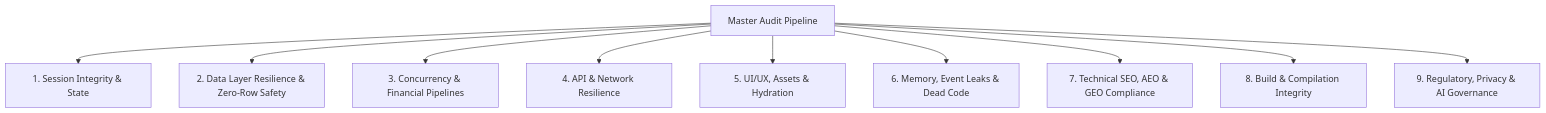
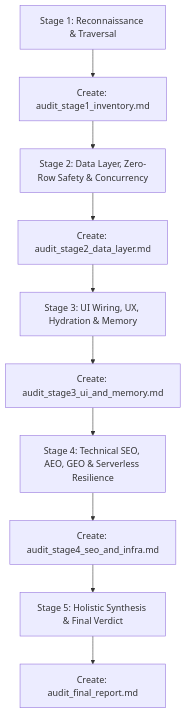
One commit to Kryptopacy/pacy-codebase-auditor changed the diagram in SKILL.md. Above: the diagram before and after it, drawn with Mermaid. The commit also changed other lines of this file, not shown here.

Commit message:
feat(auditor): implement stateful 5-stage sequential audit pipeline with per-stage artifact checkpoints

````diff
--- a/SKILL.md
+++ b/SKILL.md
@@ -77,12 +21,12 @@
 ```mermaid
 graph TD
-    A[Master Audit Pipeline] --> B[1. Session Integrity & State]
-    A --> C[2. Data Layer Resilience & Zero-Row Safety]
-    A --> D[3. Concurrency & Financial Pipelines]
-    A --> E[4. API & Network Resilience]
-    A --> F[5. UI/UX, Assets & Hydration]
-    A --> G[6. Memory, Event Leaks & Dead Code]
-    A --> H[7. Technical SEO, AEO & GEO Compliance]
-    A --> I[8. Build & Compilation Integrity]
-    A --> J[9. Regulatory, Privacy & AI Governance]
+    S1[Stage 1: Reconnaissance & Traversal] --> R1[Create: audit_stage1_inventory.md]
+    R1 --> S2[Stage 2: Data Layer, Zero-Row Safety & Concurrency]
+    S2 --> R2[Create: audit_stage2_data_layer.md]
+    R2 --> S3[Stage 3: UI Wiring, UX, Hydration & Memory]
+    S3 --> R3[Create: audit_stage3_ui_and_memory.md]
+    R3 --> S4[Stage 4: Technical SEO, AEO, GEO & Serverless Resilience]
+    S4 --> R4[Create: audit_stage4_seo_and_infra.md]
+    R4 --> S5[Stage 5: Holistic Synthesis & Final Verdict]
+    S5 --> RF[Create: audit_final_report.md]
 ```
````
